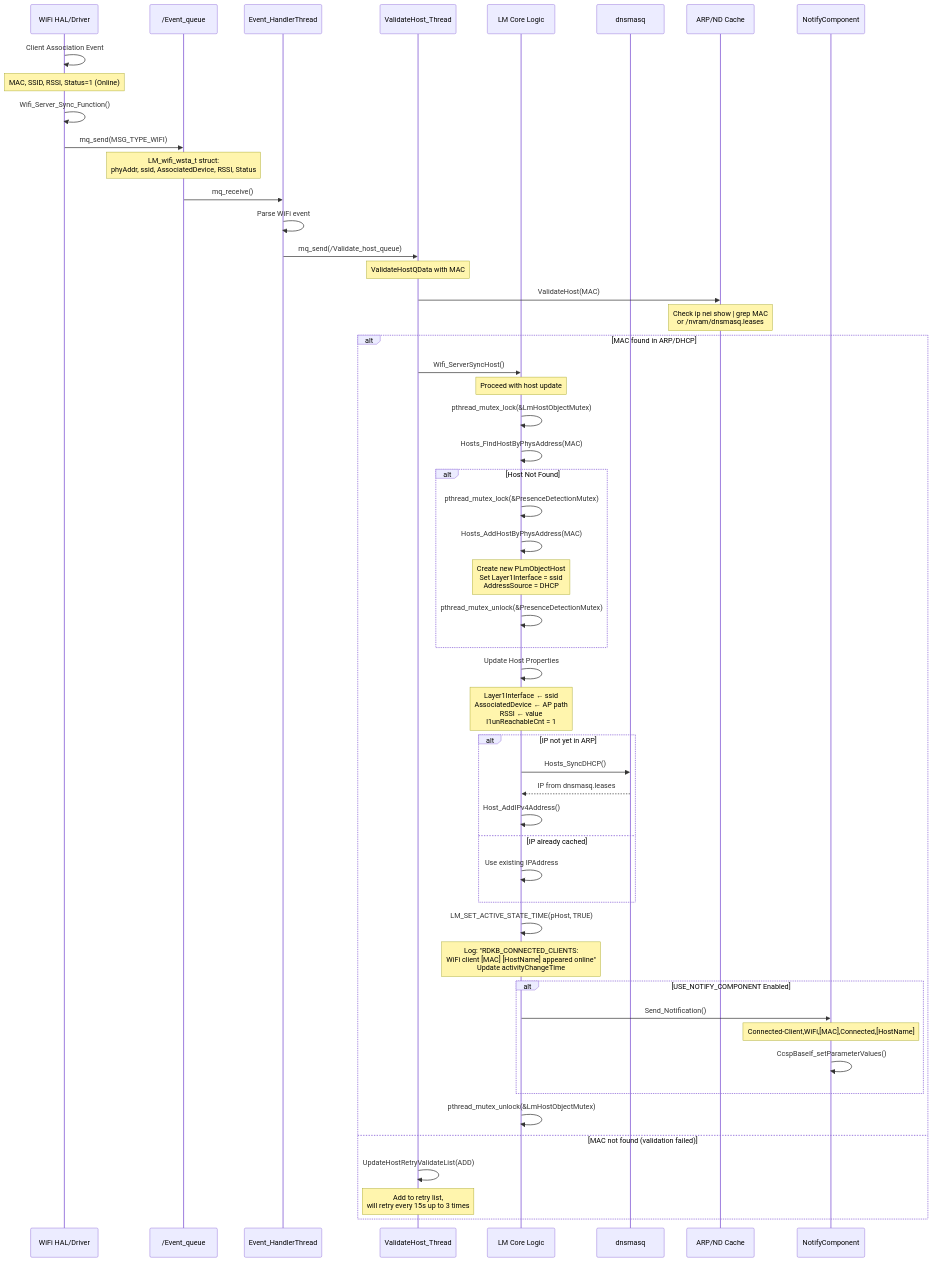
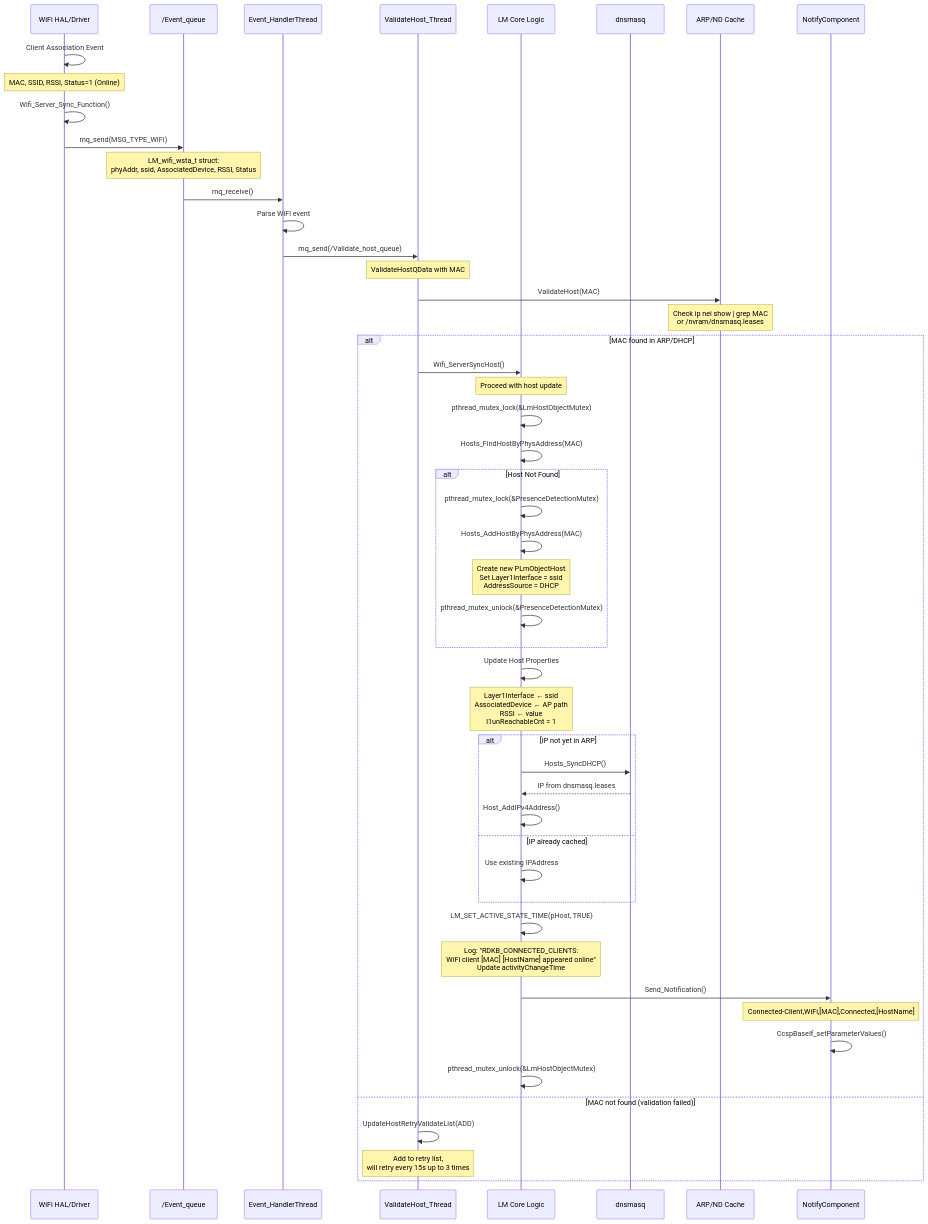
One commit to rns21/RDK_Documentation changed the third of 6 diagrams in docs/docu/chunked/lanmanager/Design.md. Above: the diagram before and after it, drawn with Mermaid. The commit also changed other lines of this file and 9 other files, not shown here.

````diff
--- a/docs/docu/chunked/lanmanager/Design.md
+++ b/docs/docu/chunked/lanmanager/Design.md
@@ -262,68 +260,66 @@
 ```mermaid
 sequenceDiagram
     participant WiFi as WiFi HAL/Driver
     participant Queue as /Event_queue
     participant EventThread as Event_HandlerThread
     participant Validate as ValidateHost_Thread
     participant LM as LM Core Logic
     participant DHCP as dnsmasq
     participant ARP as ARP/ND Cache
     participant NotifyComp as NotifyComponent
 
     WiFi->>WiFi: Client Association Event
     Note over WiFi: MAC, SSID, RSSI, Status=1 (Online)
     
     WiFi->>WiFi: Wifi_Server_Sync_Function()
     WiFi->>Queue: mq_send(MSG_TYPE_WIFI)
     Note over Queue: LM_wifi_wsta_t struct:<br/>phyAddr, ssid, AssociatedDevice, RSSI, Status
     
     Queue->>EventThread: mq_receive()
     EventThread->>EventThread: Parse WiFi event
     
     EventThread->>Validate: mq_send(/Validate_host_queue)
     Note over Validate: ValidateHostQData with MAC
     
     Validate->>ARP: ValidateHost(MAC)
     Note over ARP: Check ip nei show | grep MAC<br/>or /nvram/dnsmasq.leases
     
     alt MAC found in ARP/DHCP
         Validate->>LM: Wifi_ServerSyncHost()
         Note over LM: Proceed with host update
         
         LM->>LM: pthread_mutex_lock(&LmHostObjectMutex)
         LM->>LM: Hosts_FindHostByPhysAddress(MAC)
         
         alt Host Not Found
             LM->>LM: pthread_mutex_lock(&PresenceDetectionMutex)
             LM->>LM: Hosts_AddHostByPhysAddress(MAC)
             Note over LM: Create new PLmObjectHost<br/>Set Layer1Interface = ssid<br/>AddressSource = DHCP
             LM->>LM: pthread_mutex_unlock(&PresenceDetectionMutex)
         end
         
         LM->>LM: Update Host Properties
         Note over LM: Layer1Interface ← ssid<br/>AssociatedDevice ← AP path<br/>RSSI ← value<br/>l1unReachableCnt = 1
         
         alt IP not yet in ARP
             LM->>DHCP: Hosts_SyncDHCP()
             DHCP-->>LM: IP from dnsmasq.leases
             LM->>LM: Host_AddIPv4Address()
         else IP already cached
             LM->>LM: Use existing IPAddress
         end
         
         LM->>LM: LM_SET_ACTIVE_STATE_TIME(pHost, TRUE)
         Note over LM: Log: "RDKB_CONNECTED_CLIENTS:<br/>WiFi client [MAC] [HostName] appeared online"<br/>Update activityChangeTime
         
-        alt USE_NOTIFY_COMPONENT Enabled
-            LM->>NotifyComp: Send_Notification()
-            Note over NotifyComp: Connected-Client,WiFi,[MAC],Connected,[HostName]
-            NotifyComp->>NotifyComp: CcspBaseIf_setParameterValues()
-        end
+        LM->>NotifyComp: Send_Notification()
+        Note over NotifyComp: Connected-Client,WiFi,[MAC],Connected,[HostName]
+        NotifyComp->>NotifyComp: CcspBaseIf_setParameterValues()
         
         LM->>LM: pthread_mutex_unlock(&LmHostObjectMutex)
         
     else MAC not found (validation failed)
         Validate->>Validate: UpdateHostRetryValidateList(ADD)
         Note over Validate: Add to retry list,<br/>will retry every 15s up to 3 times
     end
 ```
````
